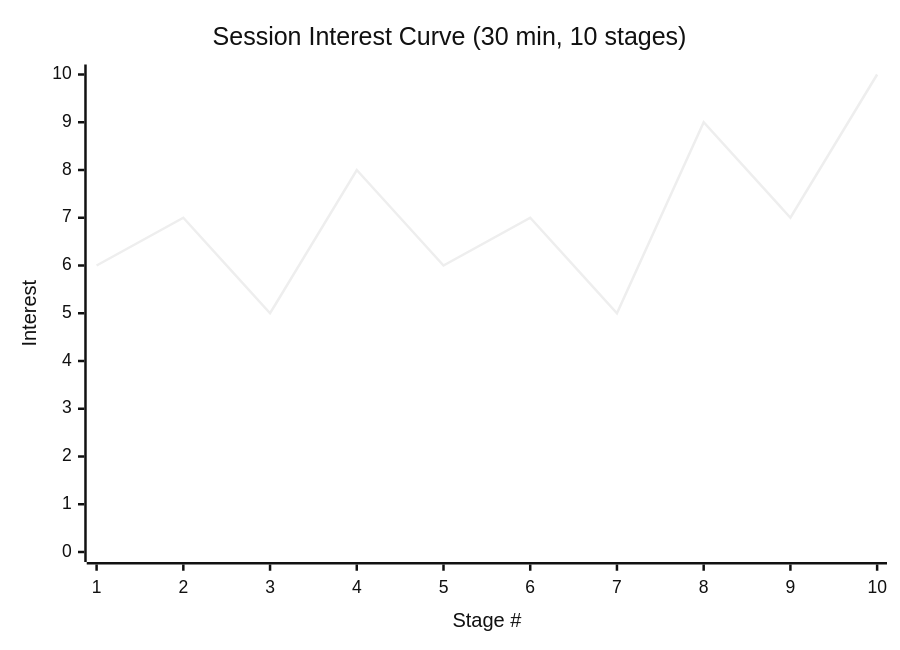
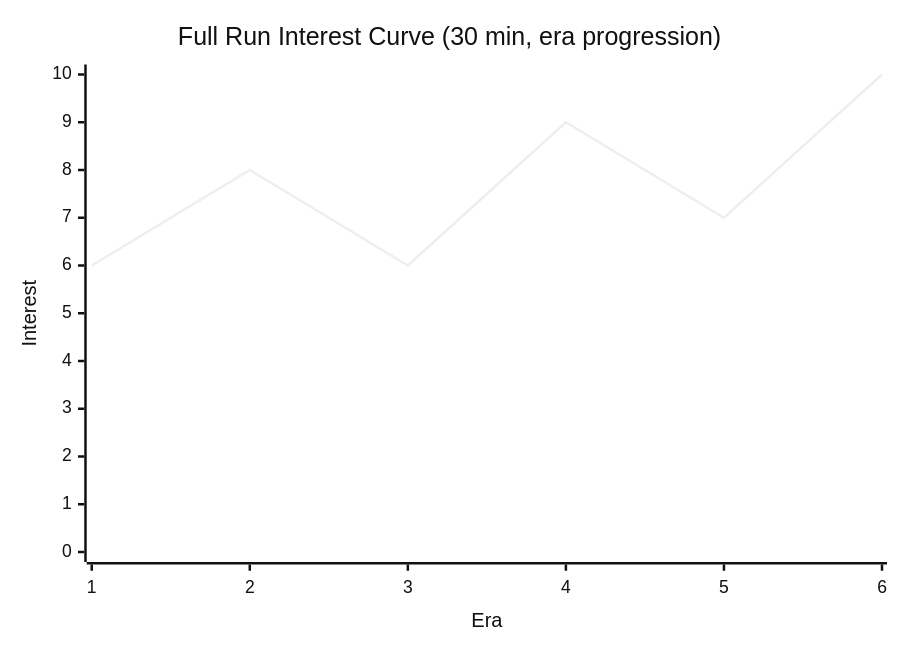
The third of 3 diagrams in docs/gdd/dragon-tide.md (shuuter-web/game-studio), drawn with Mermaid (neutral theme) before and after one commit. The commit also changed other lines of this file, not shown here.

````diff
--- a/docs/gdd/dragon-tide.md
+++ b/docs/gdd/dragon-tide.md
@@ -149,7 +284,7 @@
 ```mermaid
 xychart-beta
-    title "Session Interest Curve (30 min, 10 stages)"
-    x-axis "Stage #" [1, 2, 3, 4, 5, 6, 7, 8, 9, 10]
+    title "Full Run Interest Curve (30 min, era progression)"
+    x-axis "Era" [1, 2, 3, 4, 5, 6]
     y-axis "Interest" 0 --> 10
-    line [6, 7, 5, 8, 6, 7, 5, 9, 7, 10]
+    line [6, 8, 6, 9, 7, 10]
 ```
````
